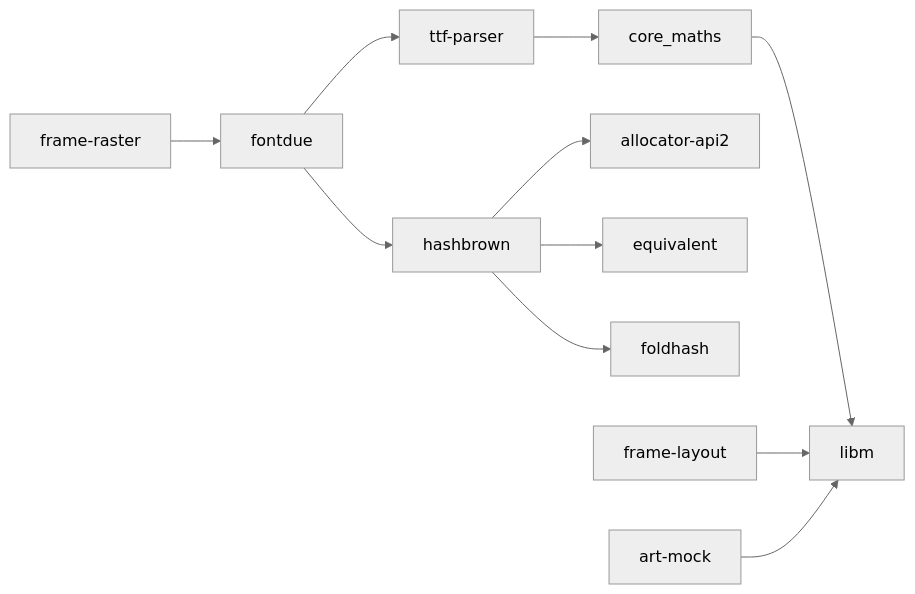
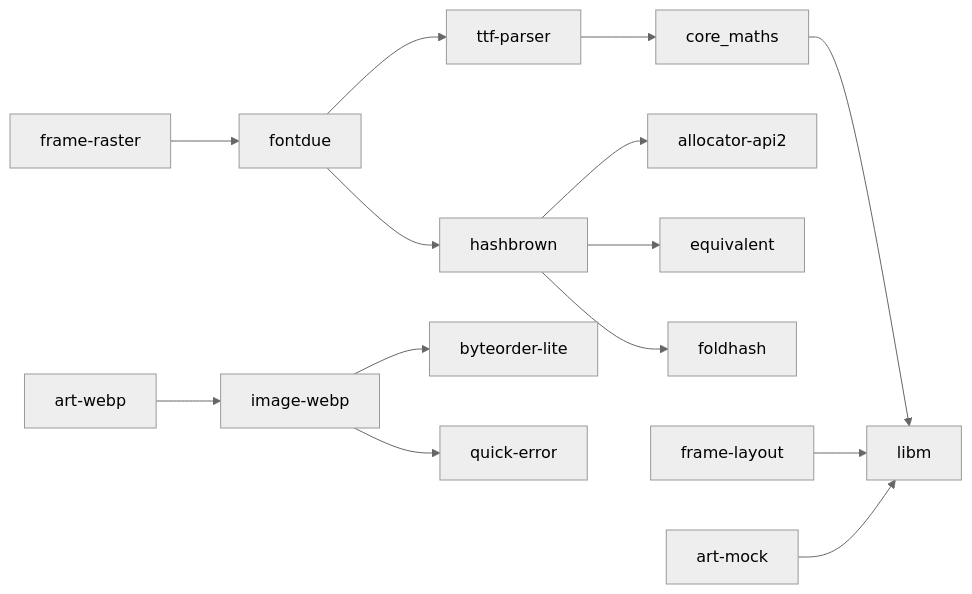
Before and after one commit to Filip-Pajalic/birdnet-go-frame: the diagram in docs/explanation/dependencies.md, drawn with Mermaid (neutral theme). The commit also changed other lines of this file and 59 other files, not shown here.

````diff
--- a/docs/explanation/dependencies.md
+++ b/docs/explanation/dependencies.md
@@ -9,10 +10,13 @@
 ```mermaid
 flowchart LR
     raster[frame-raster] --> fontdue
     fontdue --> ttf[ttf-parser] --> core_maths --> libm
     fontdue --> hashbrown --> allocator-api2
     hashbrown --> equivalent
     hashbrown --> foldhash
     layout[frame-layout] --> libm
     artmock[art-mock] --> libm
+    webp[art-webp] --> imagewebp[image-webp]
+    imagewebp --> byteorder-lite
+    imagewebp --> quick-error
 ```
````
